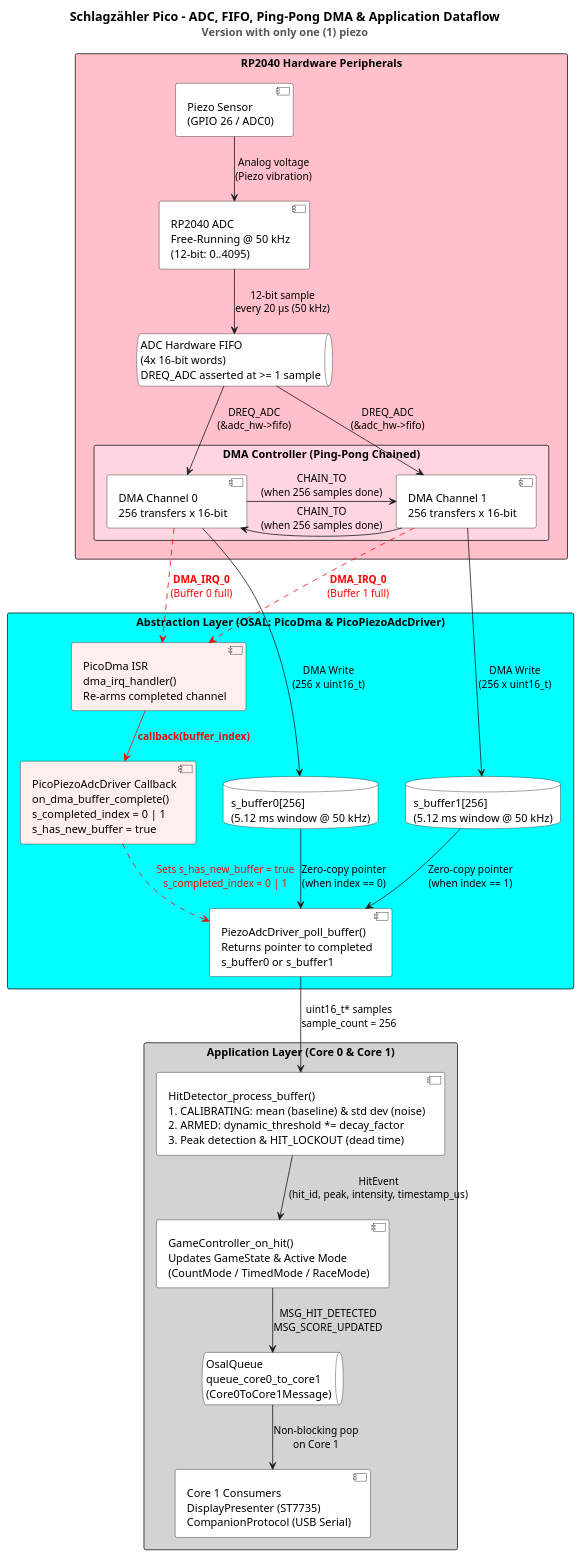
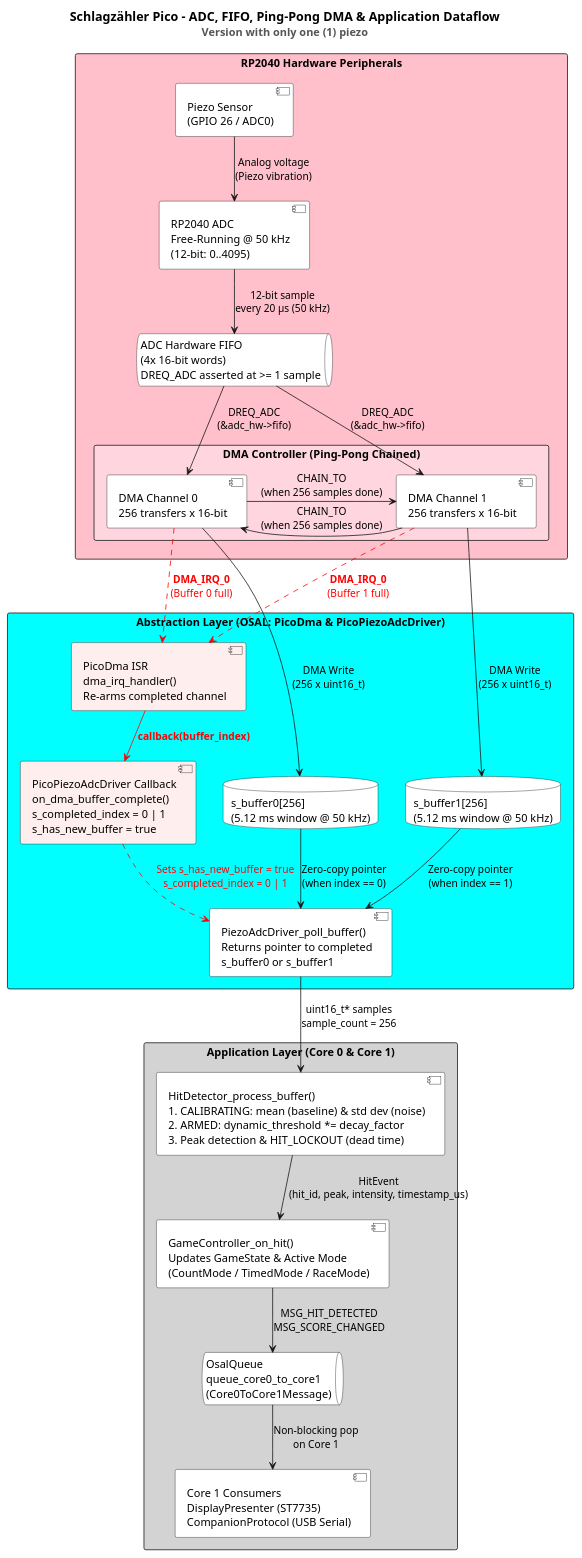
Before and after one commit to rafaelurben/raspberry-pi-pico-schlagzaehler: the diagram in docs/diagrams/dataflow_pico_adc_dma_1_piezo.puml, drawn with PlantUML. The commit also changed 32 other files, not shown here.

```diff
--- a/docs/diagrams/dataflow_pico_adc_dma_1_piezo.puml
+++ b/docs/diagrams/dataflow_pico_adc_dma_1_piezo.puml
@@ -1,84 +1,84 @@
 @startuml
 title
   <size:16><b>Schlagzähler Pico – ADC, FIFO, Ping-Pong DMA & Application Dataflow</b></size>
   <size:14><color:#555555>Version with only one (1) piezo</color></size>
 end title
 
 top to bottom direction
 skinparam shadowing false
 skinparam packageStyle rectangle
 skinparam nodesep 35
 skinparam ranksep 45
 
 ' ============================================================================
 ' 1. HARDWARE PERIPHERALS (RP2040)
 ' ============================================================================
 package "RP2040 Hardware Peripherals" as HwLayer #Pink {
     component "Piezo Sensor\n(GPIO 26 / ADC0)" as Piezo #White
     component "RP2040 ADC\nFree-Running @ 50 kHz\n(12-bit: 0..4095)" as AdcHw #White
     queue "ADC Hardware FIFO\n(4x 16-bit words)\nDREQ_ADC asserted at >= 1 sample" as AdcFifo #White
 
     package "DMA Controller (Ping-Pong Chained)" as DmaHw #FFD6E0 {
         component "DMA Channel 0\n256 transfers x 16-bit" as DmaChan0 #White
         component "DMA Channel 1\n256 transfers x 16-bit" as DmaChan1 #White
     }
 }
 
 ' ============================================================================
 ' 2. ABSTRACTION LAYER (DMA RAM BUFFERS & DRIVER)
 ' ============================================================================
 package "Abstraction Layer (OSAL: PicoDma & PicoPiezoAdcDriver)" as AbsLayer #Cyan {
     database "s_buffer0[256]\n(5.12 ms window @ 50 kHz)" as Buf0 #White
     database "s_buffer1[256]\n(5.12 ms window @ 50 kHz)" as Buf1 #White
 
     component "PicoDma ISR\ndma_irq_handler()\nRe-arms completed channel" as PicoDmaIsr #FFEEEE
     component "PicoPiezoAdcDriver Callback\non_dma_buffer_complete()\ns_completed_index = 0 | 1\ns_has_new_buffer = true" as AdcDriverCb #FFEEEE
     component "PiezoAdcDriver_poll_buffer()\nReturns pointer to completed\ns_buffer0 or s_buffer1" as PollBuffer #White
 }
 
 ' ============================================================================
 ' 3. APPLICATION LAYER (CORE 0 & CORE 1)
 ' ============================================================================
 package "Application Layer (Core 0 & Core 1)" as AppLayer #LightGray {
     component "HitDetector_process_buffer()\n1. CALIBRATING: mean (baseline) & std dev (noise)\n2. ARMED: dynamic_threshold *= decay_factor\n3. Peak detection & HIT_LOCKOUT (dead time)" as HitDetector #White
     component "GameController_on_hit()\nUpdates GameState & Active Mode\n(CountMode / TimedMode / RaceMode)" as GameController #White
     queue "OsalQueue\nqueue_core0_to_core1\n(Core0ToCore1Message)" as InterCoreQueue #White
     component "Core 1 Consumers\nDisplayPresenter (ST7735)\nCompanionProtocol (USB Serial)" as Core1Consumers #White
 }
 
 ' ============================================================================
 ' DATAFLOW CONNECTIONS
 ' ============================================================================
 
 ' Analog to ADC to FIFO
 Piezo -down-> AdcHw : Analog voltage\n(Piezo vibration)
 AdcHw -down-> AdcFifo : 12-bit sample\nevery 20 µs (50 kHz)
 
 ' FIFO to DMA via DREQ_ADC
 AdcFifo -down-> DmaChan0 : DREQ_ADC\n(&adc_hw->fifo)
 AdcFifo -down-> DmaChan1 : DREQ_ADC\n(&adc_hw->fifo)
 
 ' Ping-Pong Chaining between DMA Channel 0 and Channel 1
 DmaChan0 -right-> DmaChan1 : CHAIN_TO\n(when 256 samples done)
 DmaChan1 -left-> DmaChan0 : CHAIN_TO\n(when 256 samples done)
 
 ' DMA writes to RAM buffers
 DmaChan0 -down-> Buf0 : DMA Write\n(256 x uint16_t)
 DmaChan1 -down-> Buf1 : DMA Write\n(256 x uint16_t)
 
 ' Hardware Interrupt Path in RED
 DmaChan0 .[#Red]down.> PicoDmaIsr : <color:Red><b>DMA_IRQ_0</b></color>\n<color:Red>(Buffer 0 full)</color>
 DmaChan1 .[#Red]down.> PicoDmaIsr : <color:Red><b>DMA_IRQ_0</b></color>\n<color:Red>(Buffer 1 full)</color>
 PicoDmaIsr -[#Red]down-> AdcDriverCb : <color:Red><b>callback(buffer_index)</b></color>
 AdcDriverCb .[#Red]down.> PollBuffer : <color:Red>Sets s_has_new_buffer = true</color>\n<color:Red>s_completed_index = 0 | 1</color>
 
 ' Zero-copy buffer pointer handoff to Core 0 loop
 Buf0 -down-> PollBuffer : Zero-copy pointer\n(when index == 0)
 Buf1 -down-> PollBuffer : Zero-copy pointer\n(when index == 1)
 
 PollBuffer -down-> HitDetector : uint16_t* samples\nsample_count = 256
 HitDetector -down-> GameController : HitEvent\n(hit_id, peak, intensity, timestamp_us)
-GameController -down-> InterCoreQueue : MSG_HIT_DETECTED\nMSG_SCORE_UPDATED
+GameController -down-> InterCoreQueue : MSG_HIT_DETECTED\nMSG_SCORE_CHANGED
 InterCoreQueue -down-> Core1Consumers : Non-blocking pop\non Core 1
 
 @enduml
```
